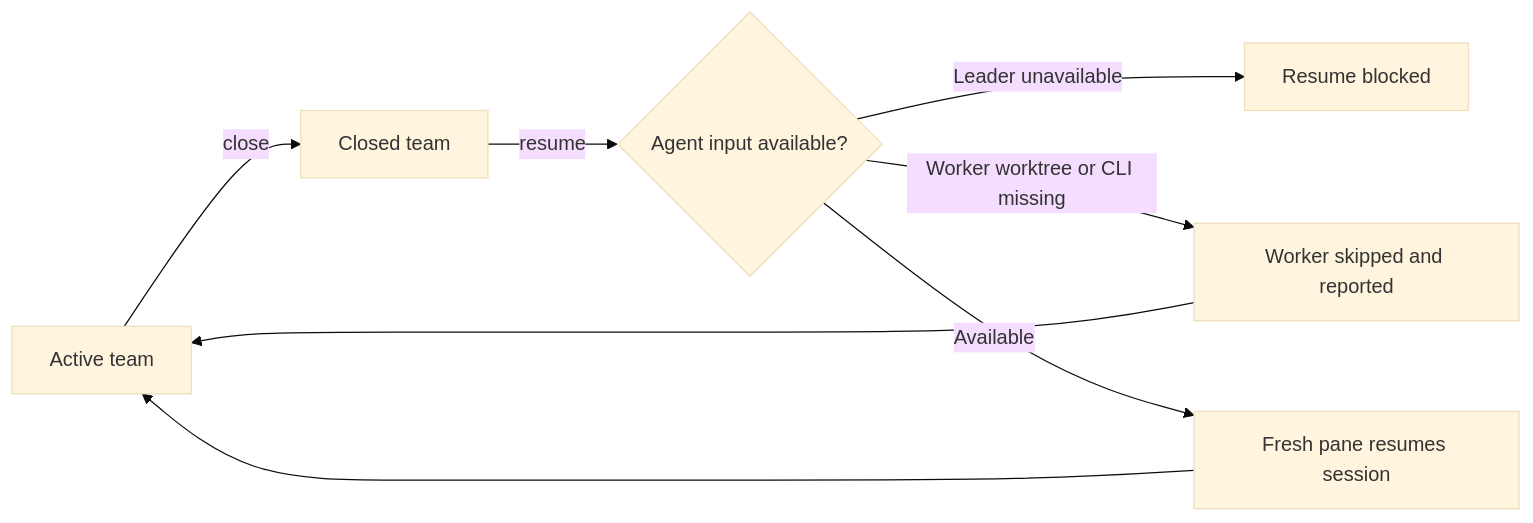
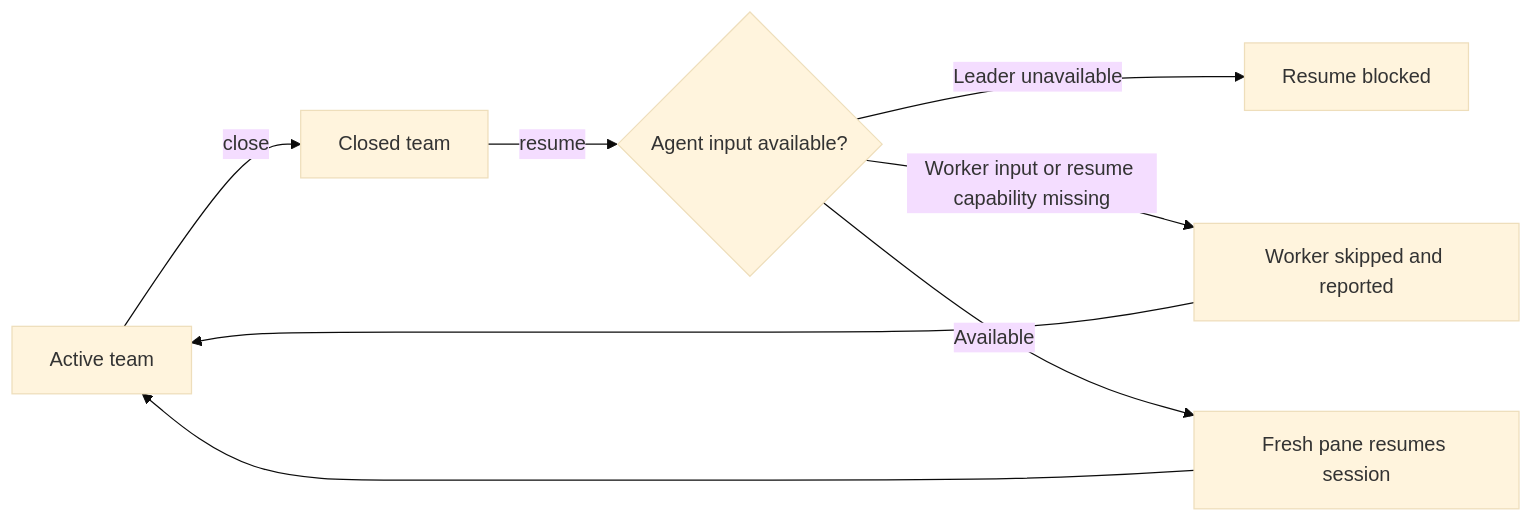
Before and after one commit to Realtyxxx/tmux-agent-teams: the first of 3 diagrams in skills/tmux-agent-teams/SKILL.md, drawn with Mermaid (base theme). The commit also changed other lines of this file and 16 other files, not shown here.

````diff
--- a/skills/tmux-agent-teams/SKILL.md
+++ b/skills/tmux-agent-teams/SKILL.md
@@ -211,10 +216,10 @@
 ```mermaid
 flowchart LR
     A[Active team] -->|close| C[Closed team]
     C -->|resume| R{Agent input available?}
     R -->|Leader unavailable| B[Resume blocked]
-    R -->|Worker worktree or CLI missing| S[Worker skipped and reported]
+    R -->|Worker input or resume capability missing| S[Worker skipped and reported]
     R -->|Available| P[Fresh pane resumes session]
     P --> A
     S --> A
 ```
````
